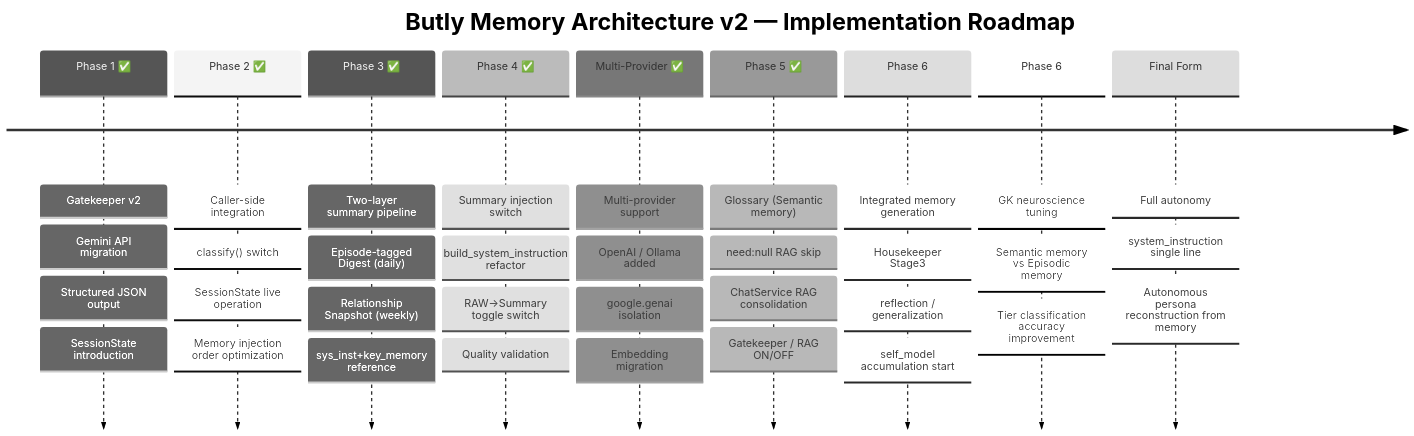
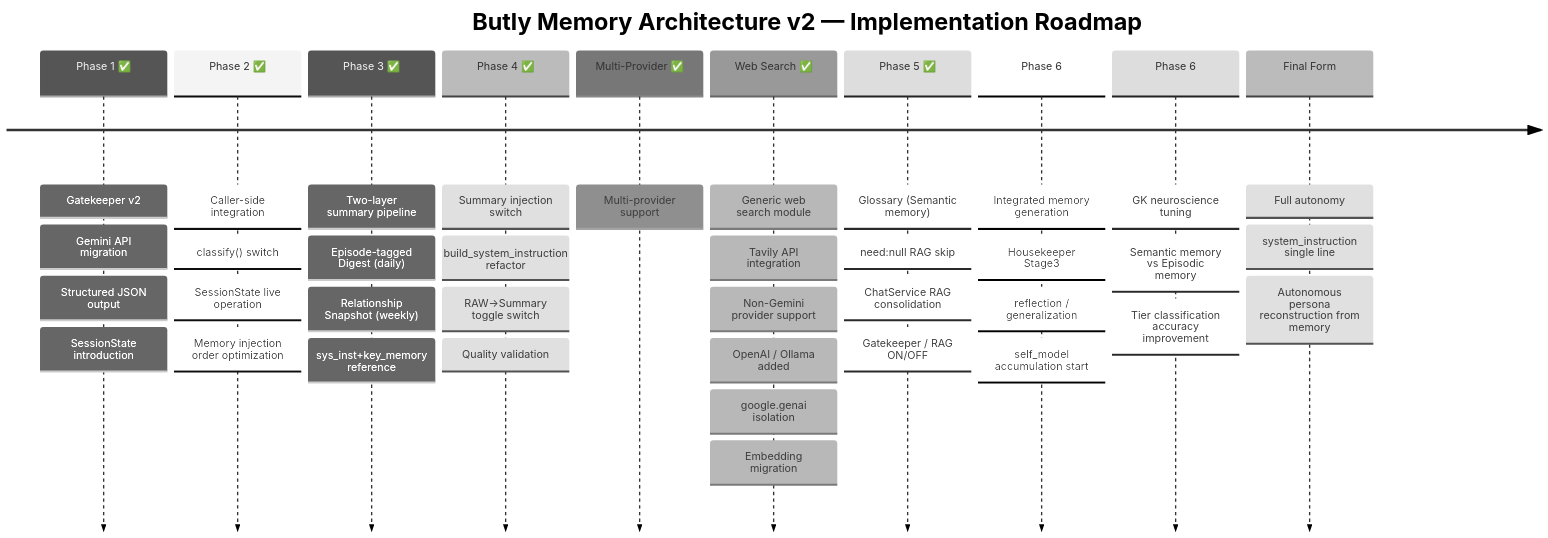
The seventh of 7 diagrams in docs/DIAGRAMS.md (unagisann/Butly), drawn with Mermaid (neutral theme) before and after one commit. The commit also changed other lines of this file and 24 other files, not shown here.

````diff
--- a/docs/DIAGRAMS.md
+++ b/docs/DIAGRAMS.md
@@ -181,38 +185,41 @@
 ```mermaid
 timeline
     title Butly Memory Architecture v2 — Implementation Roadmap
     Phase 1 ✅ : Gatekeeper v2
                 : Gemini API migration
                 : Structured JSON output
                 : SessionState introduction
     Phase 2 ✅ : Caller-side integration
                 : classify() switch
                 : SessionState live operation
                 : Memory injection order optimization
     Phase 3 ✅ : Two-layer summary pipeline
                 : Episode-tagged Digest (daily)
                 : Relationship Snapshot (weekly)
                 : sys_inst+key_memory reference
     Phase 4 ✅ : Summary injection switch
              : build_system_instruction refactor
              : RAW→Summary toggle switch
              : Quality validation
     Multi-Provider ✅ : Multi-provider support
+    Web Search ✅ : Generic web search module
+                  : Tavily API integration
+                  : Non-Gemini provider support
              : OpenAI / Ollama added
              : google.genai isolation
              : Embedding migration
     Phase 5 ✅ : Glossary (Semantic memory)
              : need:null RAG skip
              : ChatService RAG consolidation
              : Gatekeeper / RAG ON/OFF
     Phase 6 : Integrated memory generation
              : Housekeeper Stage3
              : reflection / generalization
              : self_model accumulation start
     Phase 6 : GK neuroscience tuning
              : Semantic memory vs Episodic memory
              : Tier classification accuracy improvement
     Final Form : Full autonomy
                 : system_instruction single line
                 : Autonomous persona reconstruction from memory
 ```
````
